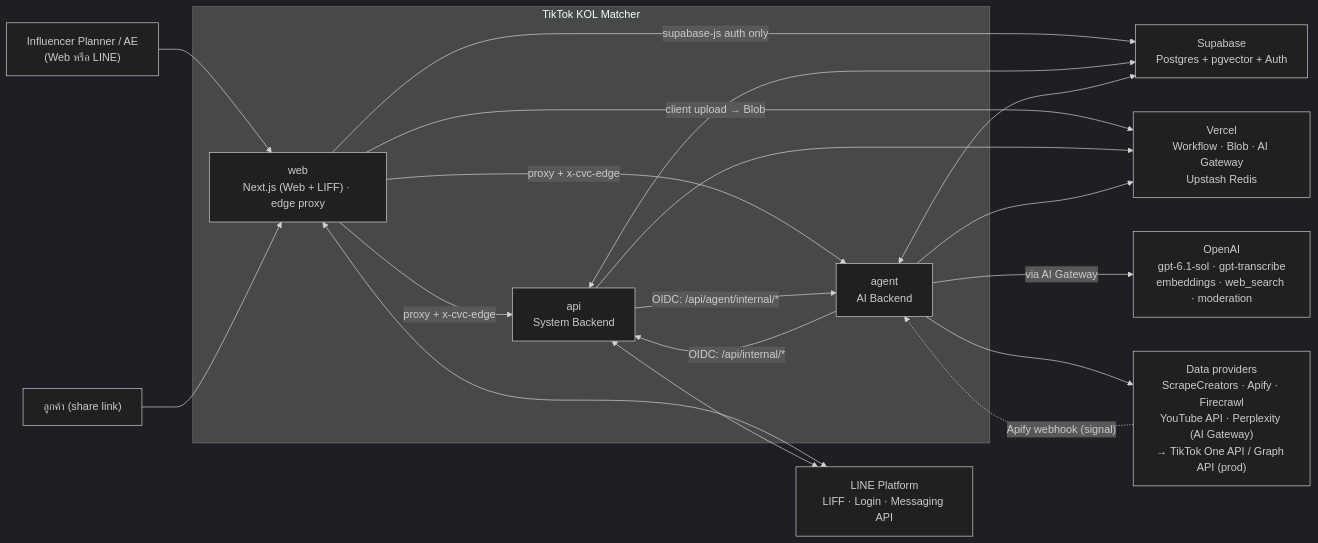
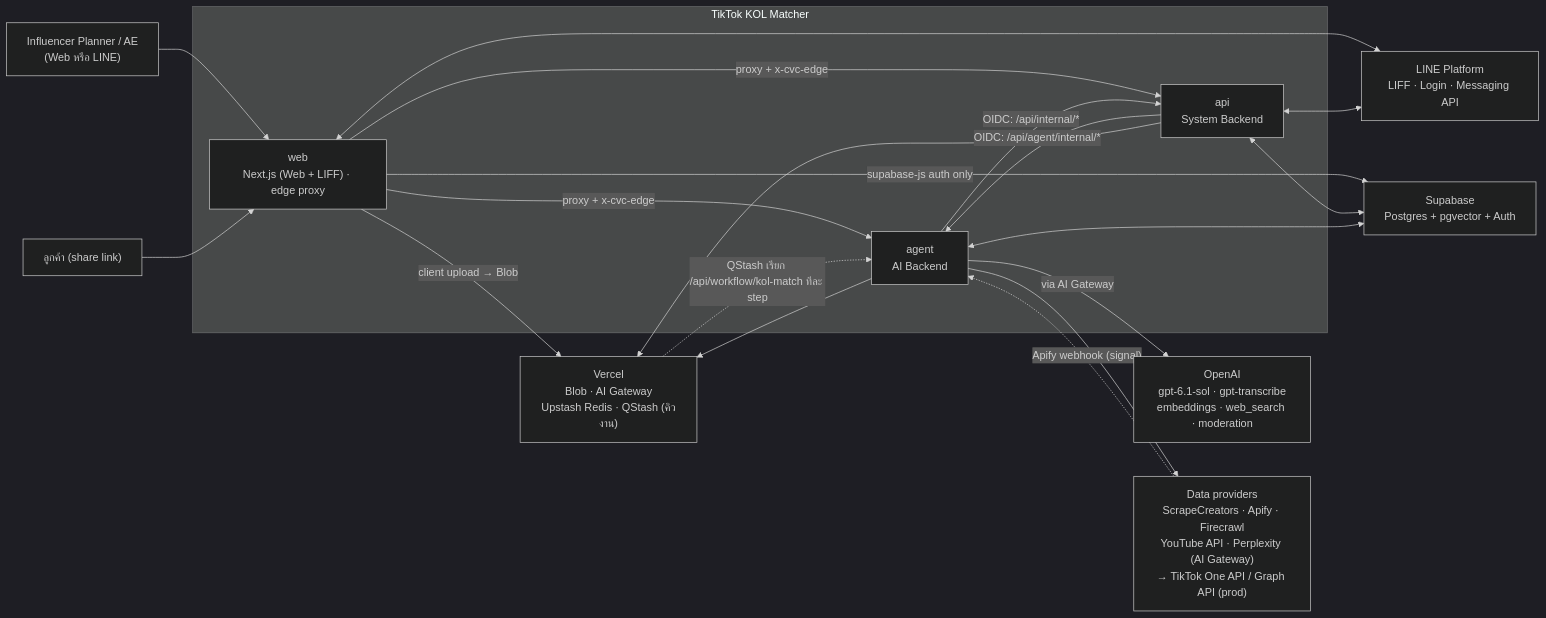
Before and after one commit to Natthaphatpiw/cvc: the first of 8 diagrams in SYSTEM_DESIGN.md, drawn with Mermaid (dark theme). The commit also changed other lines of this file and 29 other files, not shown here.

````diff
--- a/SYSTEM_DESIGN.md
+++ b/SYSTEM_DESIGN.md
@@ -215,32 +218,33 @@
 ```mermaid
 flowchart LR
   planner["Influencer Planner / AE<br/>(Web หรือ LINE)"]
   client["ลูกค้า (share link)"]
   subgraph KOLM["TikTok KOL Matcher"]
     web["web<br/>Next.js (Web + LIFF) · edge proxy"]
     api["api<br/>System Backend"]
     agent["agent<br/>AI Backend"]
   end
   line["LINE Platform<br/>LIFF · Login · Messaging API"]
   openai["OpenAI<br/>gpt-6.1-sol · gpt-transcribe<br/>embeddings · web_search · moderation"]
   data["Data providers<br/>ScrapeCreators · Apify · Firecrawl<br/>YouTube API · Perplexity (AI Gateway)<br/>→ TikTok One API / Graph API (prod)"]
   supa["Supabase<br/>Postgres + pgvector + Auth"]
-  infra["Vercel<br/>Workflow · Blob · AI Gateway<br/>Upstash Redis"]
+  infra["Vercel<br/>Blob · AI Gateway<br/>Upstash Redis · QStash (คิวงาน)"]
   planner --> web
   client --> web
   web <--> line
   web -- "supabase-js auth only" --> supa
   web -- "client upload → Blob" --> infra
   web -- "proxy + x-cvc-edge" --> api
   web -- "proxy + x-cvc-edge" --> agent
   agent -- "OIDC: /api/internal/*" --> api
   api -- "OIDC: /api/agent/internal/*" --> agent
   api <--> supa
   agent <--> supa
   api <--> line
   agent -- "via AI Gateway" --> openai
   agent --> data
   data -. "Apify webhook (signal)" .-> agent
   api --> infra
   agent --> infra
+  infra -. "QStash เรียก /api/workflow/kol-match ทีละ step" .-> agent
 ```
````
